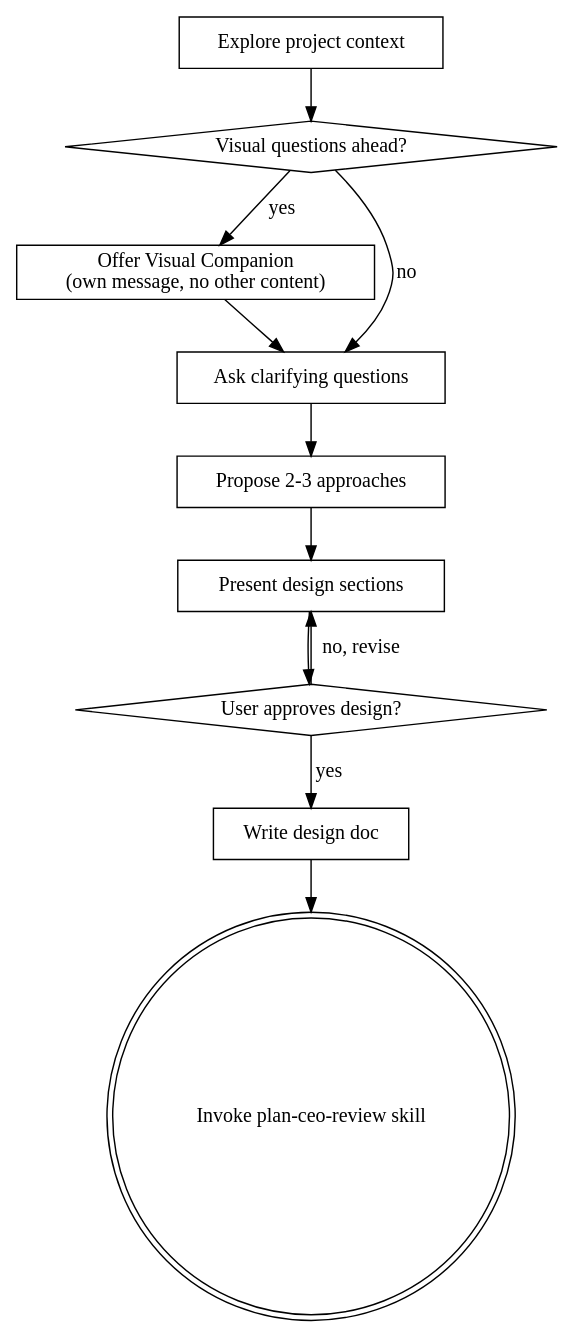
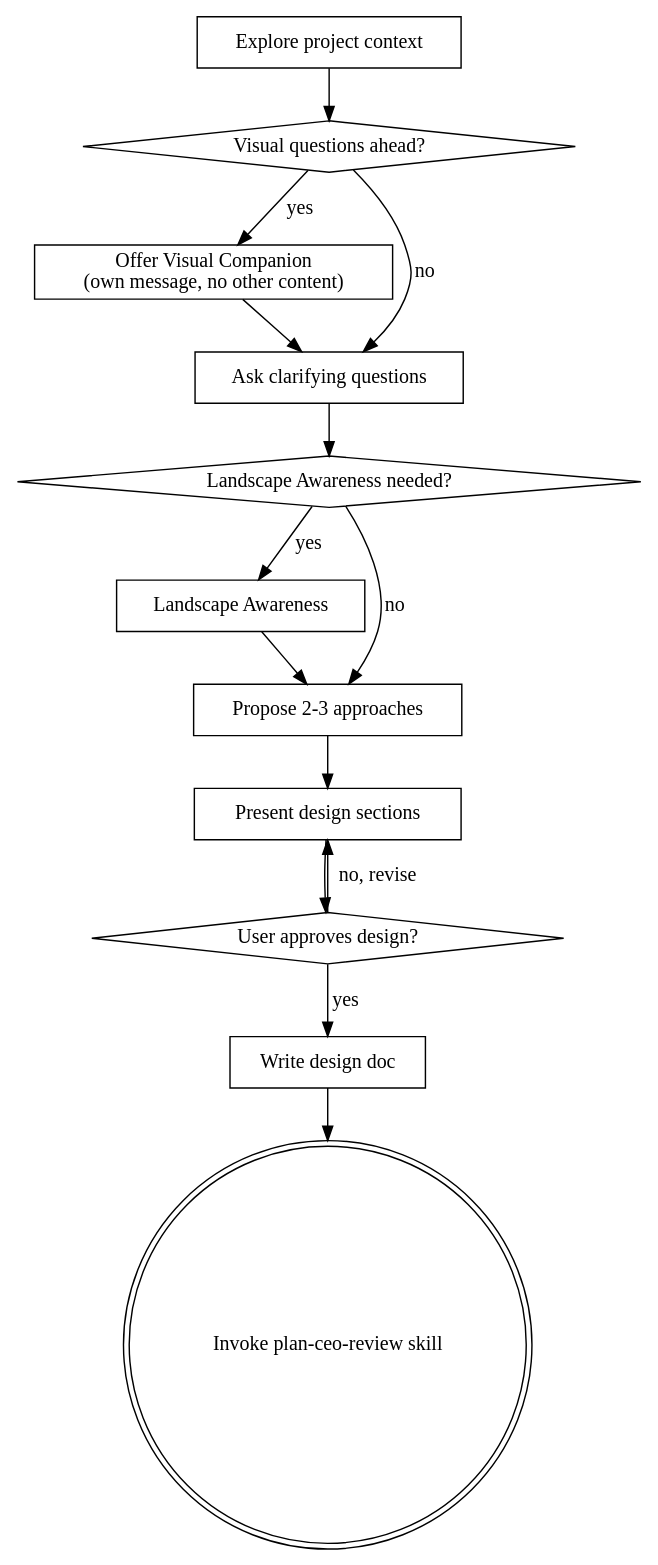
One commit to obra/superpowers changed the diagram in skills/brainstorming/SKILL.md. Above: the diagram before and after it, drawn with Graphviz. The commit also changed other lines of this file and 48 other files, not shown here.

````diff
--- a/skills/brainstorming/SKILL.md
+++ b/skills/brainstorming/SKILL.md
@@ -123,24 +139,29 @@
 ```dot
 digraph brainstorming {
     "Explore project context" [shape=box];
     "Visual questions ahead?" [shape=diamond];
     "Offer Visual Companion\n(own message, no other content)" [shape=box];
     "Ask clarifying questions" [shape=box];
+    "Landscape Awareness needed?" [shape=diamond];
+    "Landscape Awareness" [shape=box];
     "Propose 2-3 approaches" [shape=box];
     "Present design sections" [shape=box];
     "User approves design?" [shape=diamond];
     "Write design doc" [shape=box];
     "Invoke plan-ceo-review skill" [shape=doublecircle];
 
     "Explore project context" -> "Visual questions ahead?";
     "Visual questions ahead?" -> "Offer Visual Companion\n(own message, no other content)" [label="yes"];
     "Visual questions ahead?" -> "Ask clarifying questions" [label="no"];
     "Offer Visual Companion\n(own message, no other content)" -> "Ask clarifying questions";
-    "Ask clarifying questions" -> "Propose 2-3 approaches";
+    "Ask clarifying questions" -> "Landscape Awareness needed?";
+    "Landscape Awareness needed?" -> "Landscape Awareness" [label="yes"];
+    "Landscape Awareness needed?" -> "Propose 2-3 approaches" [label="no"];
+    "Landscape Awareness" -> "Propose 2-3 approaches";
     "Propose 2-3 approaches" -> "Present design sections";
     "Present design sections" -> "User approves design?";
     "User approves design?" -> "Present design sections" [label="no, revise"];
     "User approves design?" -> "Write design doc" [label="yes"];
     "Write design doc" -> "Invoke plan-ceo-review skill";
 }
 ```
````
